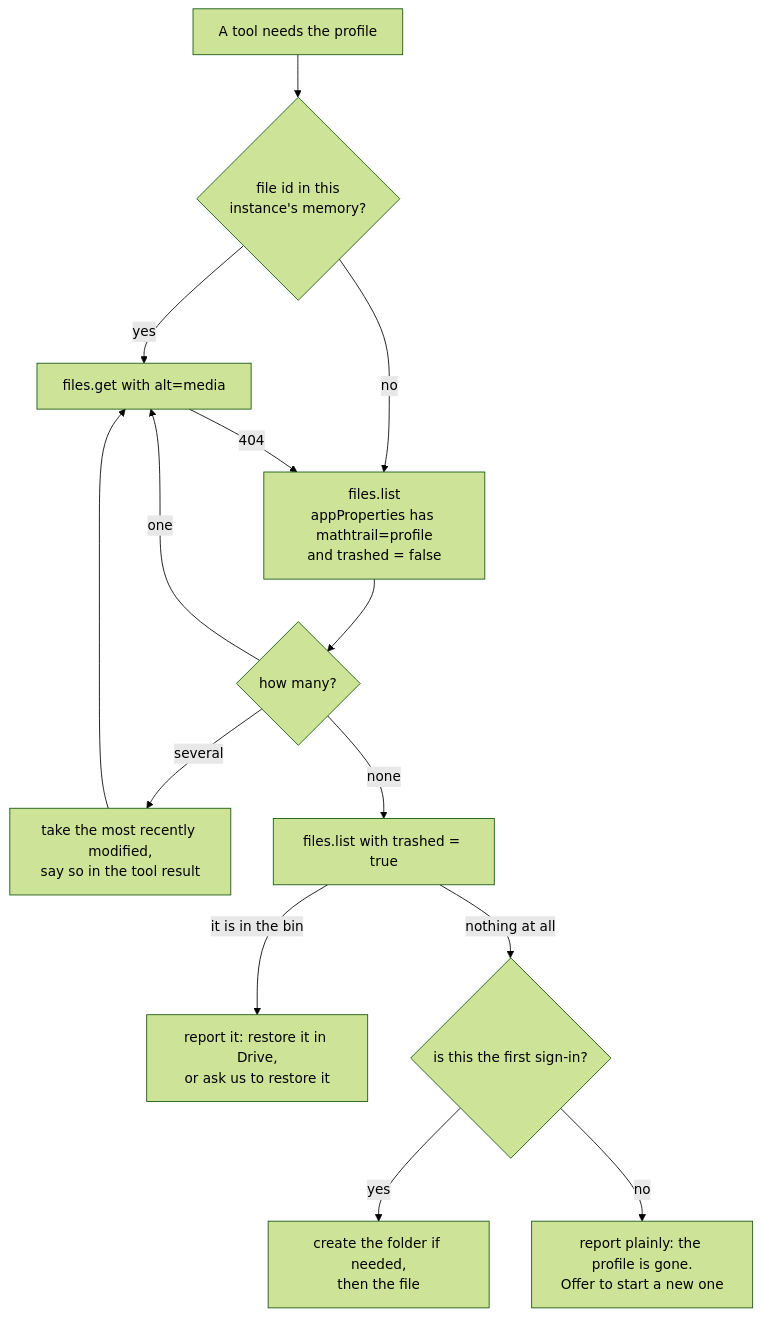
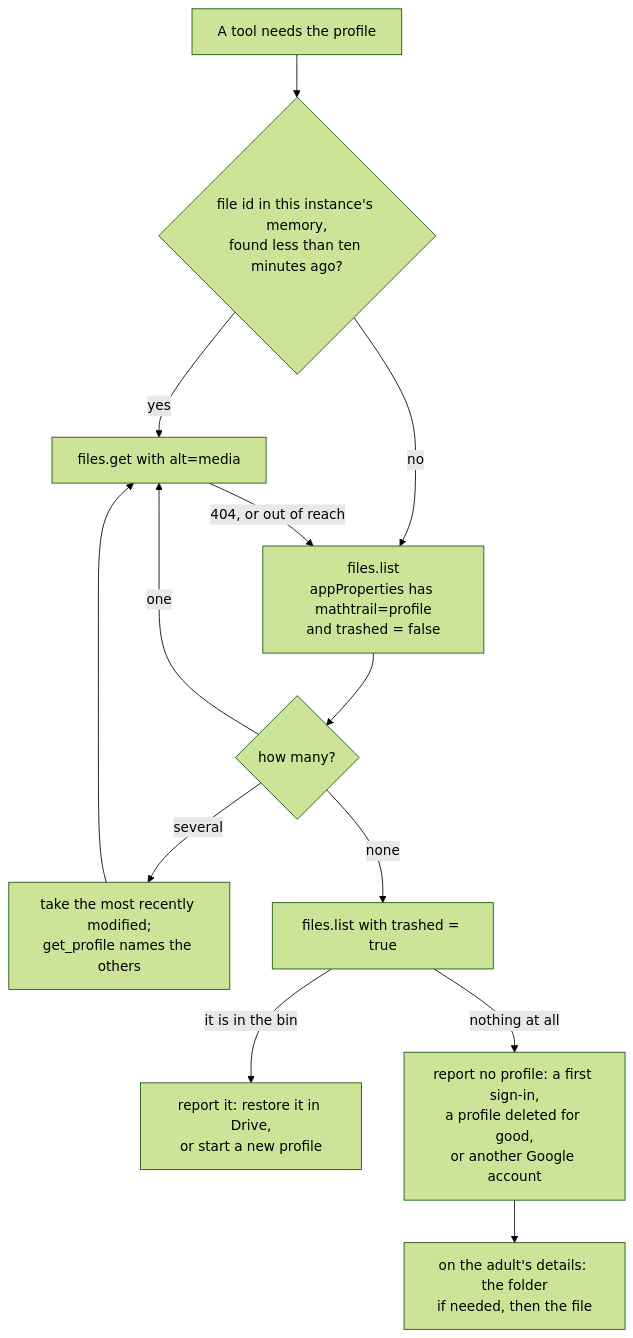
One commit to MathTrail/mathtrail-standalone changed the first of 2 diagrams in docs/architecture/05-storage.md. Above: the diagram before and after it, drawn with Mermaid (forest theme). The commit also changed other lines of this file and 62 other files, not shown here.

Commit message:
Drive storage: conflicts and failures (T51): retries, recovery, bin, start over, sign-in challenge (#53)

````diff
--- a/docs/architecture/05-storage.md
+++ b/docs/architecture/05-storage.md
@@ -34,16 +35,15 @@
 ```mermaid
 flowchart TD
-    start["A tool needs the profile"] --> cache{"file id in this<br/>instance's memory?"}
+    start["A tool needs the profile"] --> cache{"file id in this instance's memory,<br/>found less than ten minutes ago?"}
     cache -- yes --> get["files.get with alt=media"]
     cache -- no --> search["files.list<br/>appProperties has mathtrail=profile<br/>and trashed = false"]
-    get -- "404" --> search
+    get -- "404, or out of reach" --> search
     search --> found{"how many?"}
     found -- "one" --> get
-    found -- "several" --> newest["take the most recently modified,<br/>say so in the tool result"]
+    found -- "several" --> newest["take the most recently modified;<br/>get_profile names the others"]
     found -- "none" --> bin["files.list with trashed = true"]
     newest --> get
-    bin -- "it is in the bin" --> ask["report it: restore it in Drive,<br/>or ask us to restore it"]
-    bin -- "nothing at all" --> first{"is this the first sign-in?"}
-    first -- yes --> create["create the folder if needed,<br/>then the file"]
-    first -- no --> lost["report plainly: the profile is gone.<br/>Offer to start a new one"]
+    bin -- "it is in the bin" --> ask["report it: restore it in Drive,<br/>or start a new profile"]
+    bin -- "nothing at all" --> none["report no profile: a first sign-in,<br/>a profile deleted for good,<br/>or another Google account"]
+    none --> create["on the adult's details: the folder<br/>if needed, then the file"]
 ```
````
